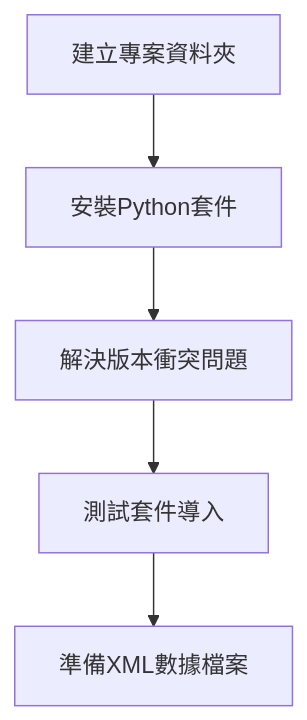
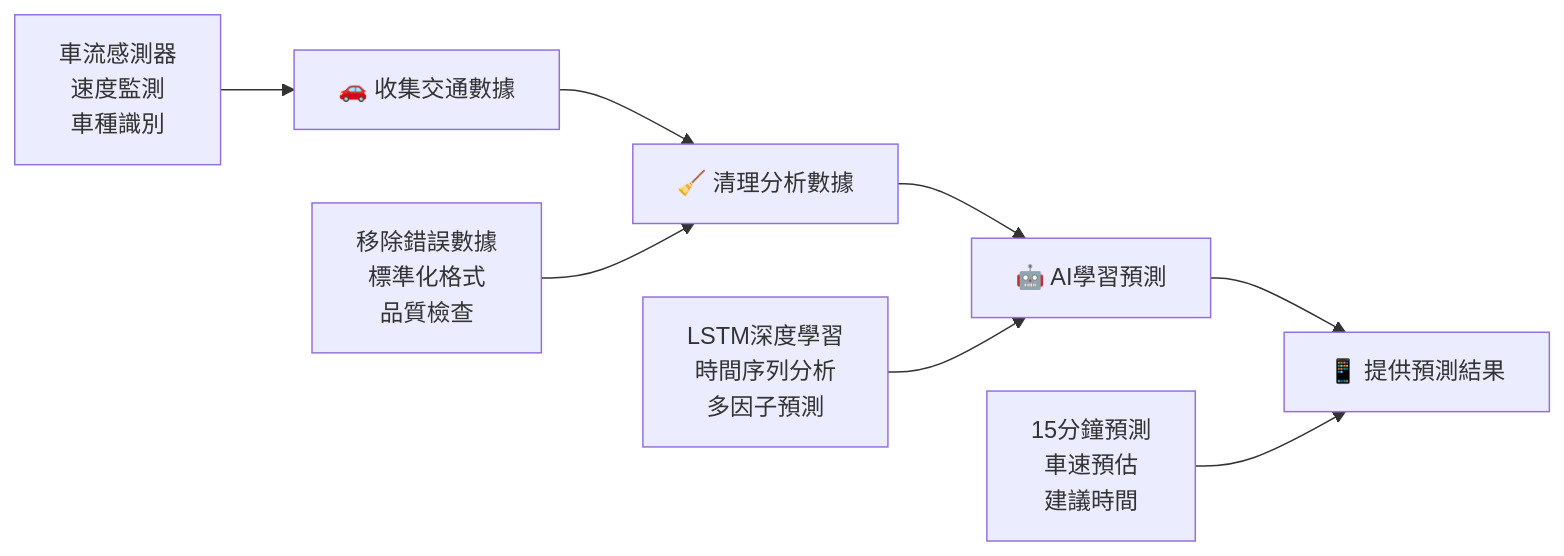
One commit to qrere-Ya/traffic_project_roadmap changed the diagram in README.md. Above: the diagram before and after it, drawn with Mermaid. The commit also changed other lines of this file, not shown here.

````diff
--- a/README.md
+++ b/README.md
@@ -92,7 +56,11 @@
 ```mermaid
-graph TD
-    A[建立專案資料夾] --> B[安裝Python套件]
-    B --> C[解決版本衝突問題]
-    C --> D[測試套件導入]
-    D --> E[準備XML數據檔案]
+graph LR
+    A[🚗 收集交通數據] --> B[🧹 清理分析數據]
+    B --> C[🤖 AI學習預測]
+    C --> D[📱 提供預測結果]
+    
+    A1[車流感測器<br/>速度監測<br/>車種識別] --> A
+    B1[移除錯誤數據<br/>標準化格式<br/>品質檢查] --> B
+    C1[LSTM深度學習<br/>時間序列分析<br/>多因子預測] --> C
+    D1[15分鐘預測<br/>車速預估<br/>建議時間] --> D
 ```
````
